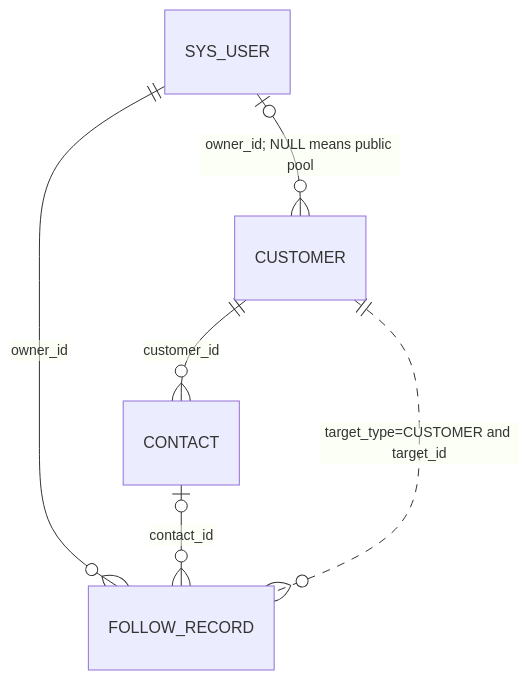
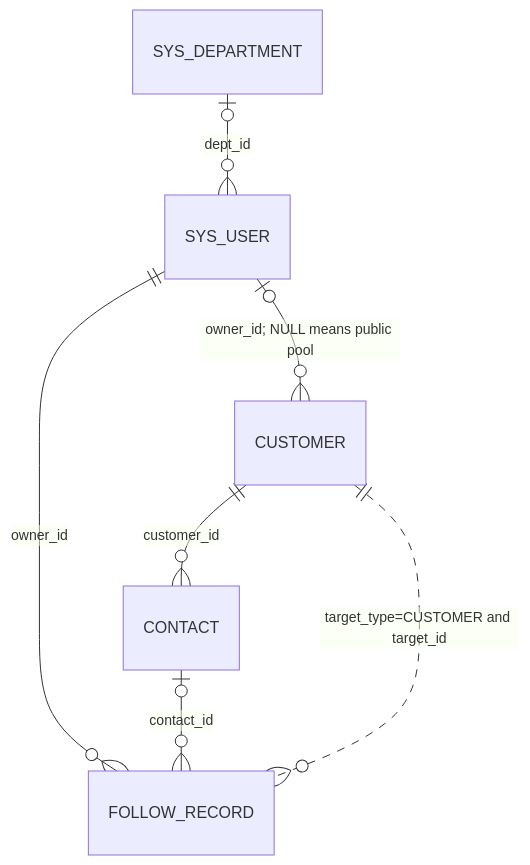
Before and after one commit to wanglu12890/crm-system: the diagram in docs/customer-management/CUSTOMER_V1_RULES.md, drawn with Mermaid. The commit also changed other lines of this file and 7 other files, not shown here.

````diff
--- a/docs/customer-management/CUSTOMER_V1_RULES.md
+++ b/docs/customer-management/CUSTOMER_V1_RULES.md
@@ -51,8 +51,9 @@
 ```mermaid
 erDiagram
+    SYS_DEPARTMENT o|--o{ SYS_USER : "dept_id"
     SYS_USER o|--o{ CUSTOMER : "owner_id; NULL means public pool"
     CUSTOMER ||--o{ CONTACT : "customer_id"
     SYS_USER ||--o{ FOLLOW_RECORD : "owner_id"
     CONTACT o|--o{ FOLLOW_RECORD : "contact_id"
     CUSTOMER ||..o{ FOLLOW_RECORD : "target_type=CUSTOMER and target_id"
 ```
````
